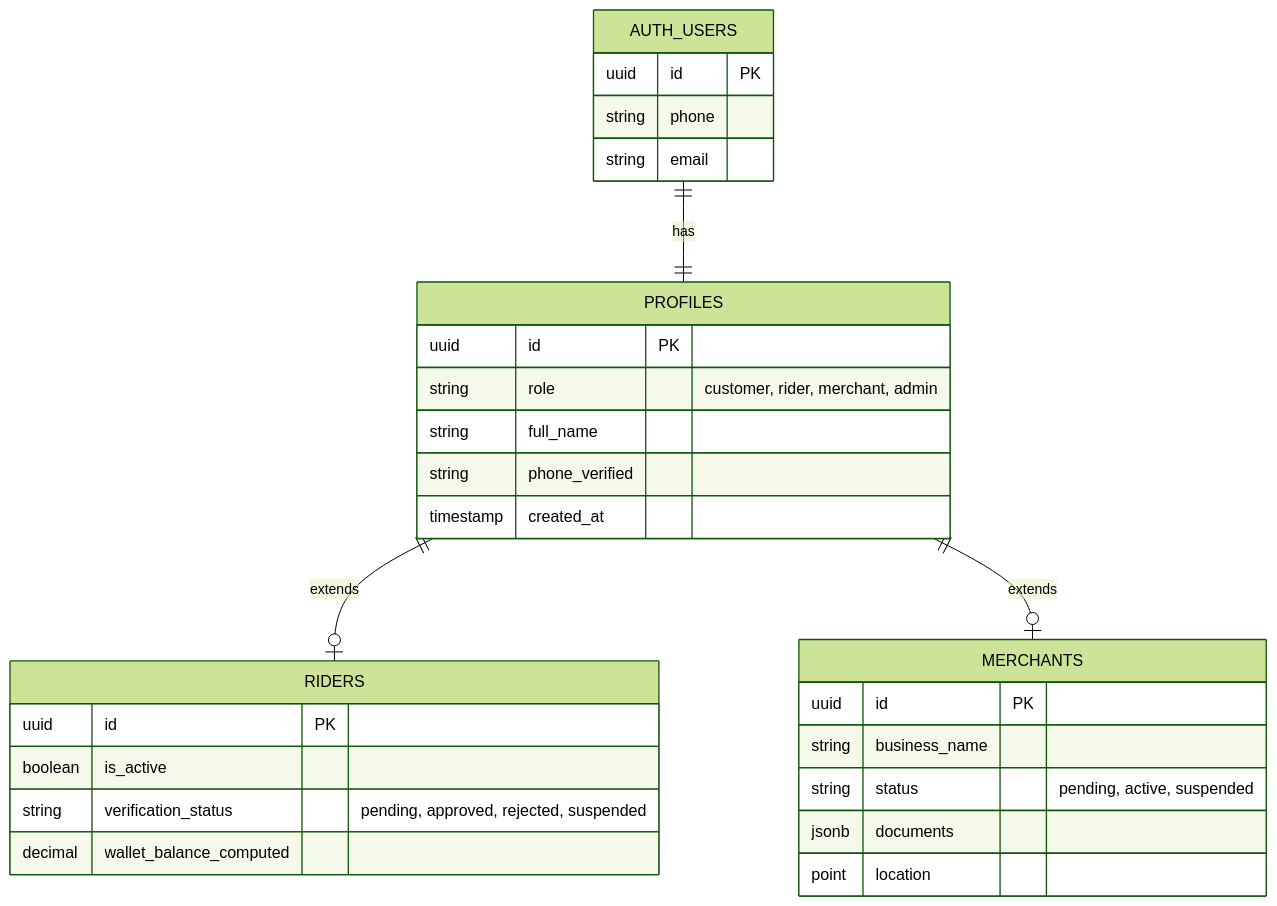
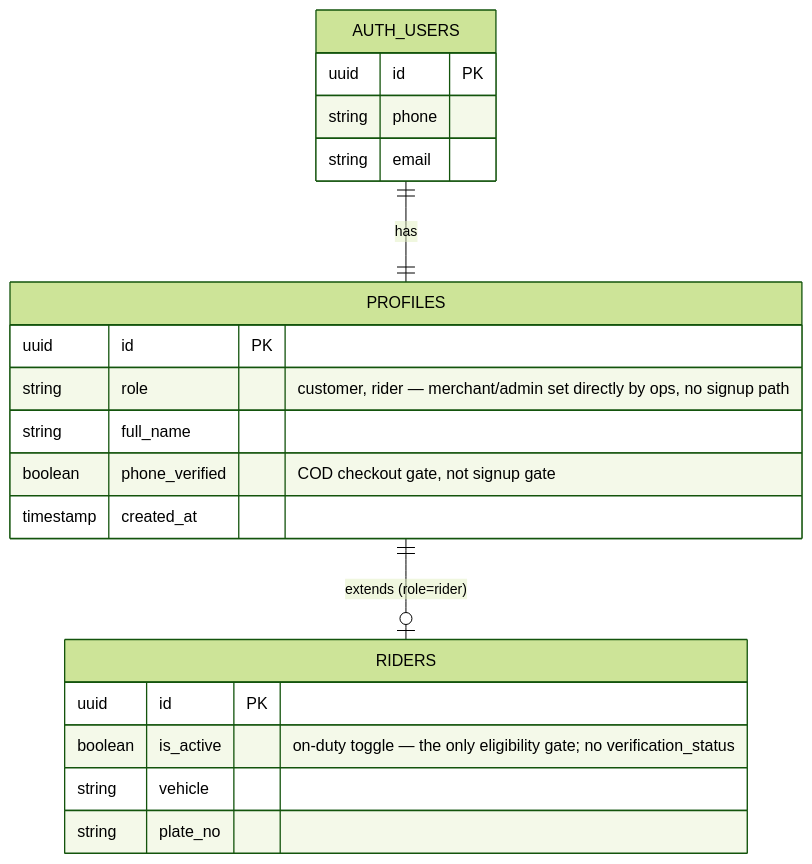
Before and after one commit to xzen-projects/cartman-ph-docs: the third of 14 diagrams in ARCHITECTURE.md, drawn with Mermaid (forest theme). The commit also changed other lines of this file, not shown here.

First line of the commit message:
docs: reconcile ARCHITECTURE.md with implemented server reality

````diff
--- a/ARCHITECTURE.md
+++ b/ARCHITECTURE.md
@@ -261,35 +261,26 @@
 ```mermaid
 erDiagram
   AUTH_USERS ||--|| PROFILES : has
-  PROFILES ||--o| RIDERS : extends
-  PROFILES ||--o| MERCHANTS : extends
+  PROFILES ||--o| RIDERS : "extends (role=rider)"
 
   AUTH_USERS {
     uuid id PK
     string phone
     string email
   }
 
   PROFILES {
     uuid id PK
-    string role "customer, rider, merchant, admin"
+    string role "customer, rider — merchant/admin set directly by ops, no signup path"
     string full_name
-    string phone_verified
+    boolean phone_verified "COD checkout gate, not signup gate"
     timestamp created_at
   }
 
   RIDERS {
     uuid id PK
-    boolean is_active
-    string verification_status "pending, approved, rejected, suspended"
-    decimal wallet_balance_computed
-  }
-
-  MERCHANTS {
-    uuid id PK
-    string business_name
-    string status "pending, active, suspended"
-    jsonb documents
-    point location
+    boolean is_active "on-duty toggle — the only eligibility gate; no verification_status"
+    string vehicle
+    string plate_no
   }
 ```
````
